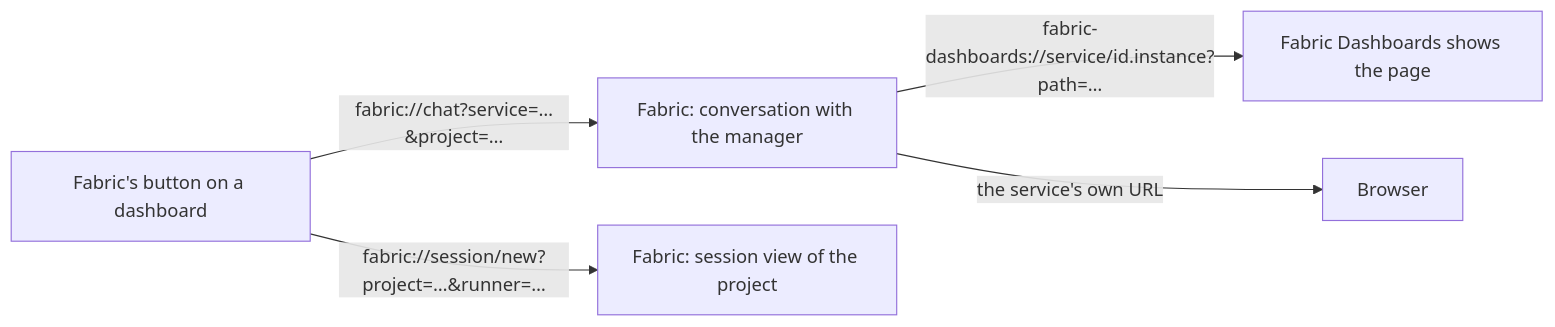
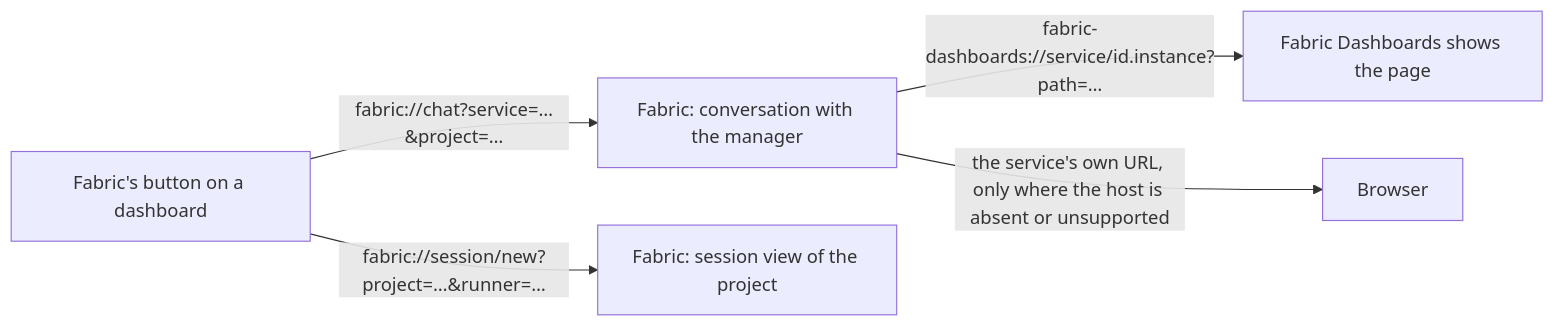
One commit to passioncode-ai/fabric-agent-contract changed the diagram in docs/specification/fabric-button.md. Above: the diagram before and after it, drawn with Mermaid. The commit also changed other lines of this file and 17 other files, not shown here.

Commit message:
DEC-0123: the host's path-less open_link, PL-2 against PL-3, unsupported systems, MUST wording, the scenario

````diff
--- a/docs/specification/fabric-button.md
+++ b/docs/specification/fabric-button.md
@@ -17,7 +18,7 @@
 ```mermaid
 flowchart LR
   B[Fabric's button on a dashboard] -- fabric://chat?service=…&project=… --> C[Fabric: conversation with the manager]
   B -- fabric://session/new?project=…&runner=… --> S[Fabric: session view of the project]
   C -- fabric-dashboards://service/id.instance?path=… --> D[Fabric Dashboards shows the page]
-  C -- the service's own URL --> W[Browser]
+  C -- the service's own URL, only where the host is absent or unsupported --> W[Browser]
 ```
````
